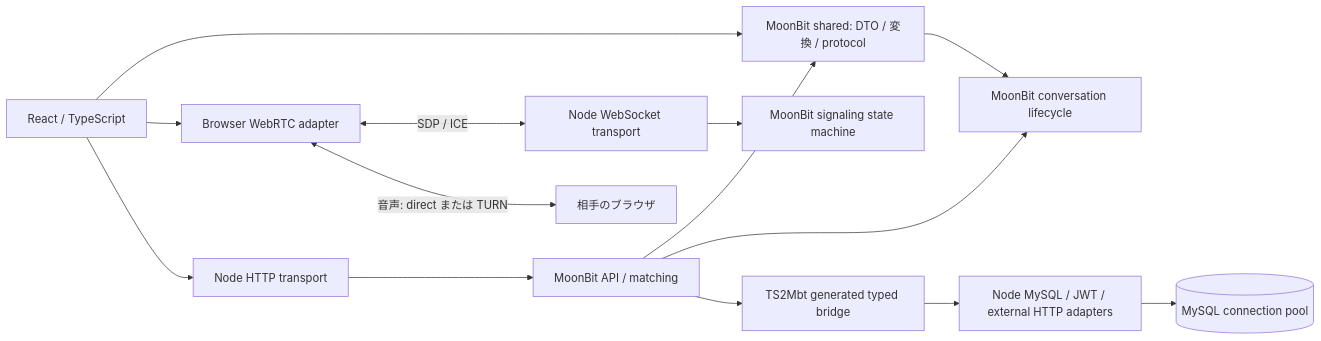
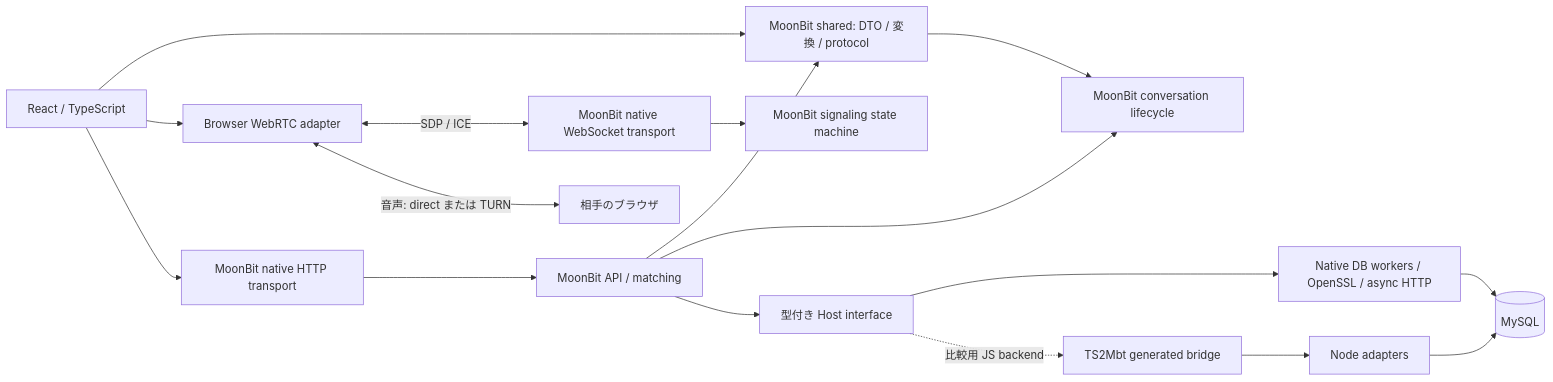
Before and after one commit to Hosi121/SpeakUp-moonbit: the diagram in docs/migration.md, drawn with Mermaid. The commit also changed other lines of this file and 41 other files, not shown here.

Commit message:
feat: run the shared MoonBit API on a native server

````diff
--- a/docs/migration.md
+++ b/docs/migration.md
@@ -7,16 +7,19 @@
 ```mermaid
 flowchart LR
   UI[React / TypeScript] --> S[MoonBit shared: DTO / 変換 / protocol]
   UI --> B[Browser WebRTC adapter]
-  B <-->|SDP / ICE| W[Node WebSocket transport]
+  B <-->|SDP / ICE| W[MoonBit native WebSocket transport]
   W --> H[MoonBit signaling state machine]
-  UI --> N[Node HTTP transport]
+  UI --> N[MoonBit native HTTP transport]
   N --> A[MoonBit API / matching]
   A --> S
   A --> C[MoonBit conversation lifecycle]
   S --> C
-  A --> G[TS2Mbt generated typed bridge]
-  G --> IO[Node MySQL / JWT / external HTTP adapters]
-  IO --> DB[(MySQL connection pool)]
+  A --> G[型付き Host interface]
+  G --> IO[Native DB workers / OpenSSL / async HTTP]
+  G -. 比較用 JS backend .-> J[TS2Mbt generated bridge]
+  J --> JS[Node adapters]
+  IO --> DB[(MySQL)]
+  JS --> DB
   B <-->|音声: direct または TURN| P[相手のブラウザ]
 ```
````
